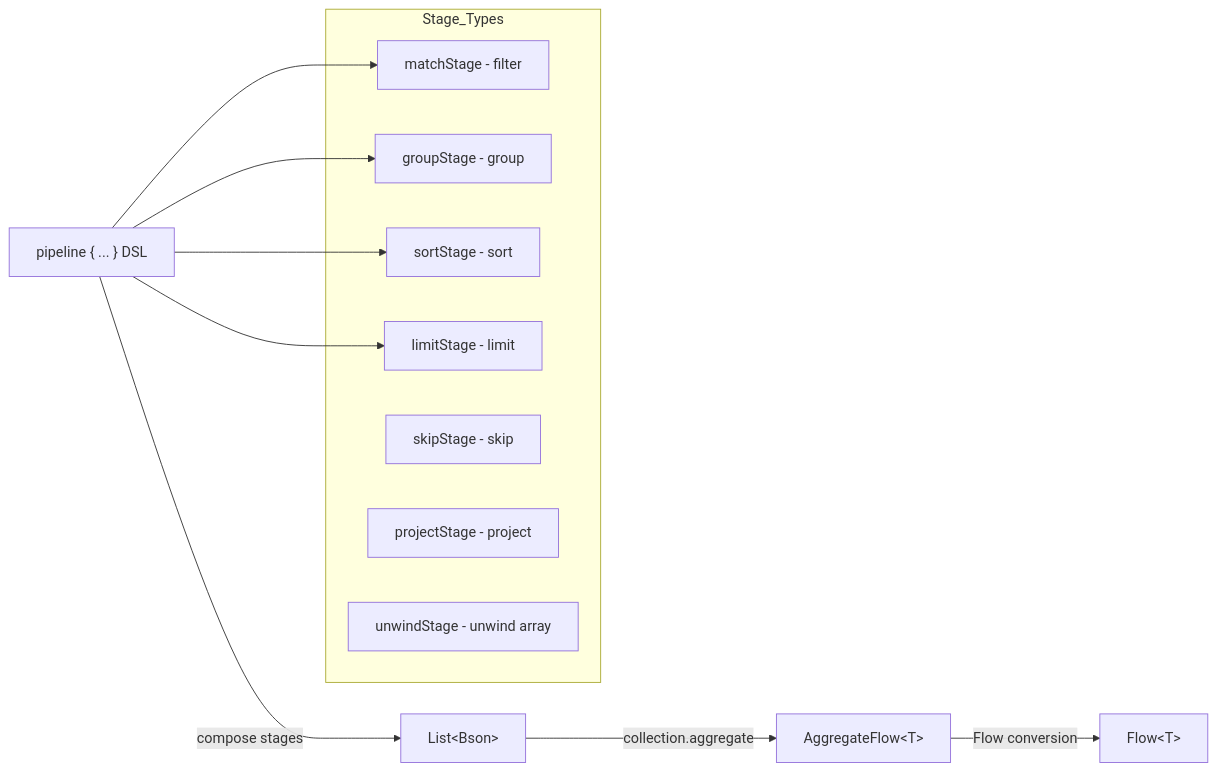
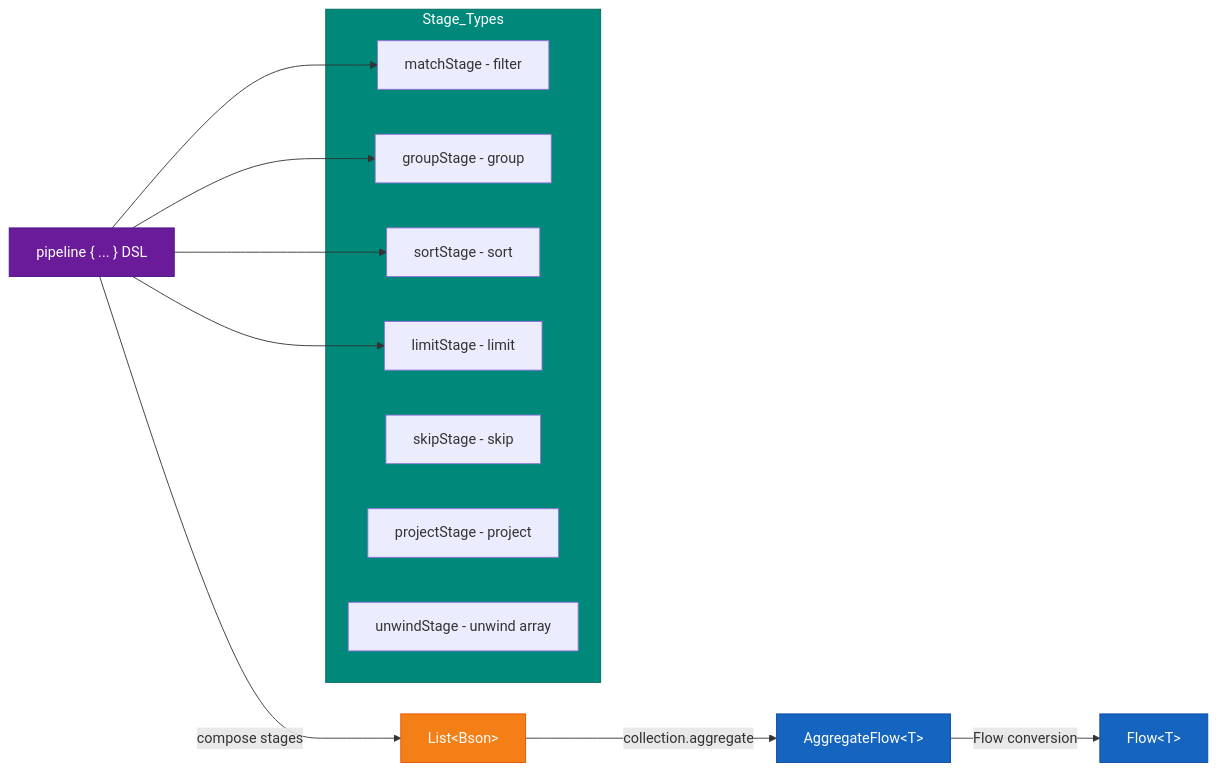
Before and after one commit to bluetape4k/bluetape4k-projects: the third of 3 diagrams in data/mongodb/README.md, drawn with Mermaid. The commit also changed other lines of this file and 221 other files, not shown here.

First line of the commit message:
docs: 전체 모듈 README UML 다이어그램 보강 및 색상 업그레이드

````diff
--- a/data/mongodb/README.md
+++ b/data/mongodb/README.md
@@ -253,21 +263,32 @@
 ```mermaid
 flowchart LR
     A["pipeline { ... } DSL"] -->|compose stages| B["List&lt;Bson&gt;"]
     B -->|collection.aggregate| C["AggregateFlow&lt;T&gt;"]
     C -->|Flow conversion| D["Flow&lt;T&gt;"]
 
     subgraph Stage_Types
         E[matchStage - filter]
         F[groupStage - group]
         G[sortStage - sort]
         H[limitStage - limit]
         I[skipStage - skip]
         J[projectStage - project]
         K[unwindStage - unwind array]
     end
 
     A --> E
     A --> F
     A --> G
     A --> H
+
+    classDef dslStyle fill:#6A1B9A,stroke:#4A148C,color:#FFFFFF
+    classDef bsonStyle fill:#F57F17,stroke:#E65100,color:#FFFFFF
+    classDef flowStyle fill:#1565C0,stroke:#0D47A1,color:#FFFFFF
+    classDef stageStyle fill:#00897B,stroke:#00695C,color:#FFFFFF
+
+    class A dslStyle
+    class B bsonStyle
+    class C flowStyle
+    class D flowStyle
+    class Stage_Types stageStyle
 ```
````
